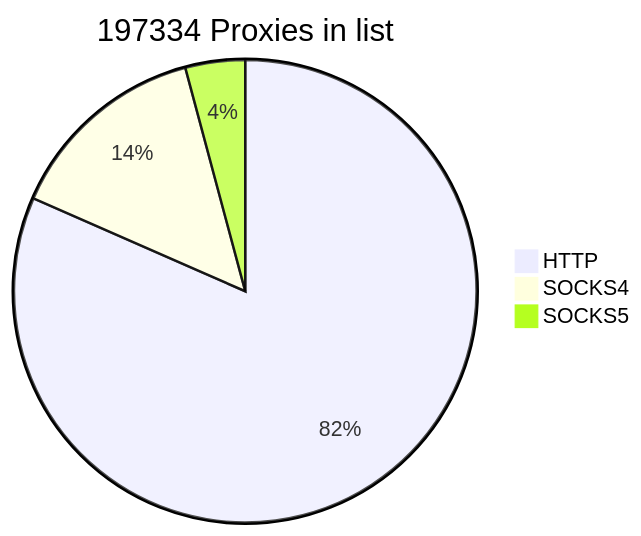
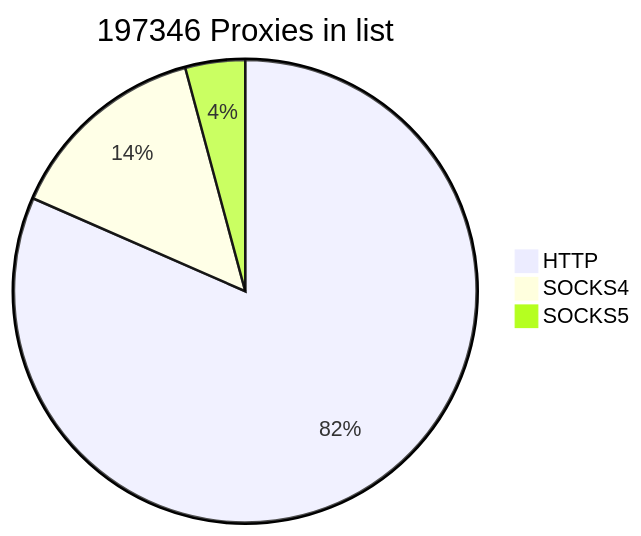
One commit to cutipu/proxylist changed the first of 2 diagrams in README.md. Above: the diagram before and after it, drawn with Mermaid. The commit also changed other lines of this file, not shown here.

````diff
--- a/README.md
+++ b/README.md
@@ -2,7 +2,7 @@
 ```mermaid
-pie title 197334 Proxies in list
-    "HTTP" : 160974
-    "SOCKS4" : 28128
-    "SOCKS5" : 8232
+pie title 197346 Proxies in list
+    "HTTP" : 160973
+    "SOCKS4" : 28129
+    "SOCKS5" : 8244
             
 ```
````
